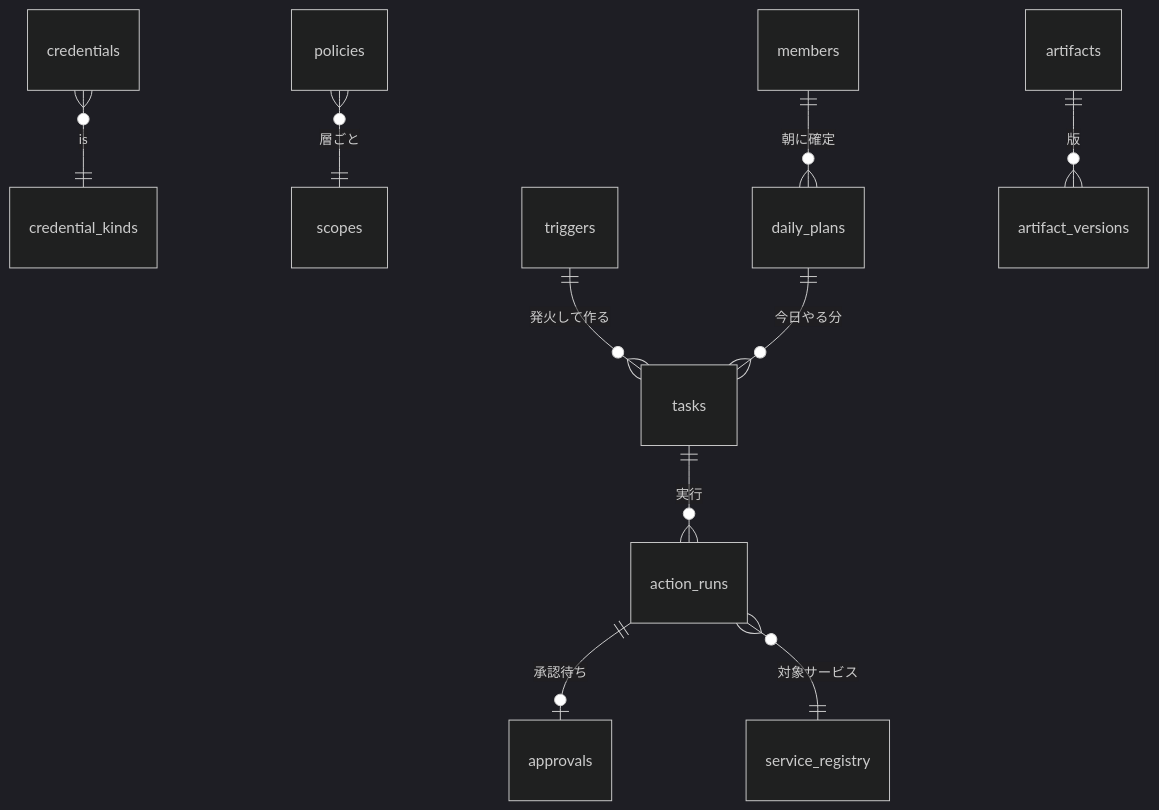
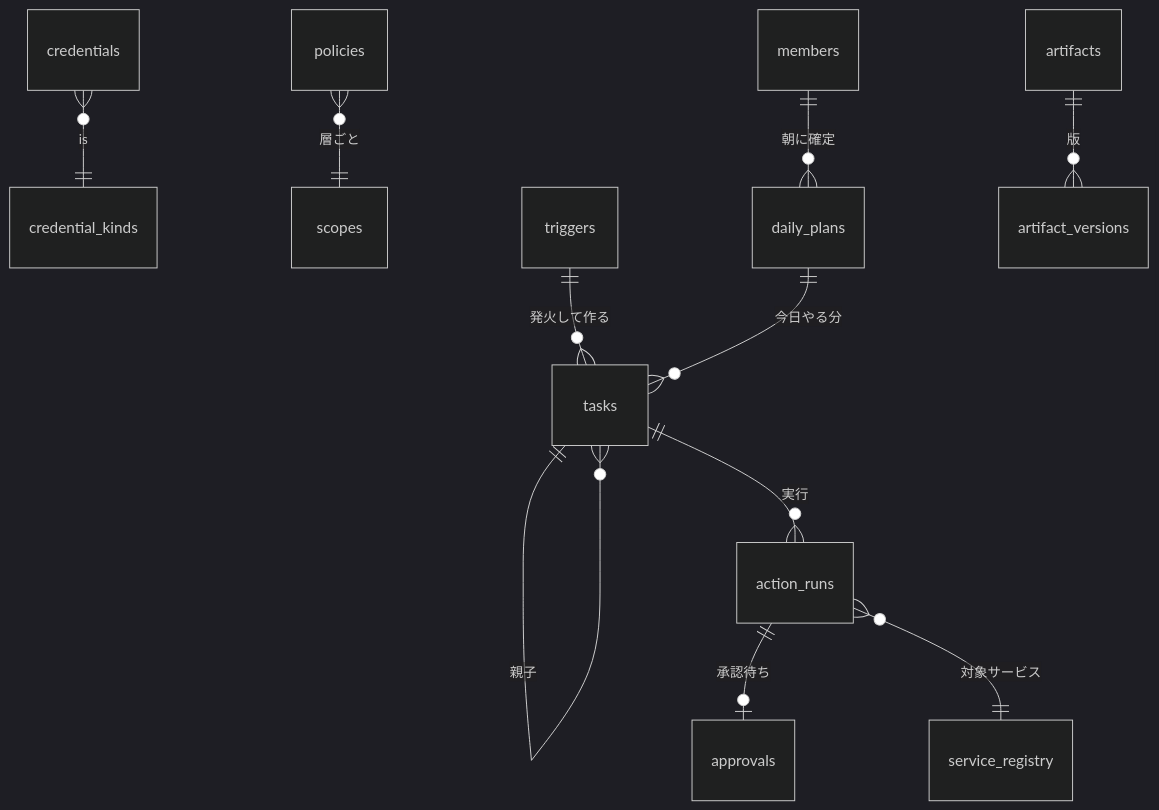
Before and after one commit to engine-base-ci/wfe-2611: the fifth of 11 diagrams in 03_architecture/ER図.md, drawn with Mermaid (dark theme). The commit also changed other lines of this file and 50 other files, not shown here.

First line of the commit message:
spec: D-072.12 タスクの親子（tasks.parent_task_id）を ER図・契約・下流へ波及（spec-sync）── 表の追加は T-U-16 の migration で

````diff
--- a/03_architecture/ER図.md
+++ b/03_architecture/ER図.md
@@ -139,12 +139,13 @@
 ```mermaid
 erDiagram
+  tasks ||--o{ tasks : "親子"
   tasks ||--o{ action_runs : "実行"
   action_runs ||--o| approvals : "承認待ち"
   action_runs }o--|| service_registry : "対象サービス"
   credentials }o--|| credential_kinds : is
   policies }o--|| scopes : "層ごと"
   triggers ||--o{ tasks : "発火して作る"
   members ||--o{ daily_plans : "朝に確定"
   daily_plans ||--o{ tasks : "今日やる分"
   artifacts ||--o{ artifact_versions : "版"
 ```
````
